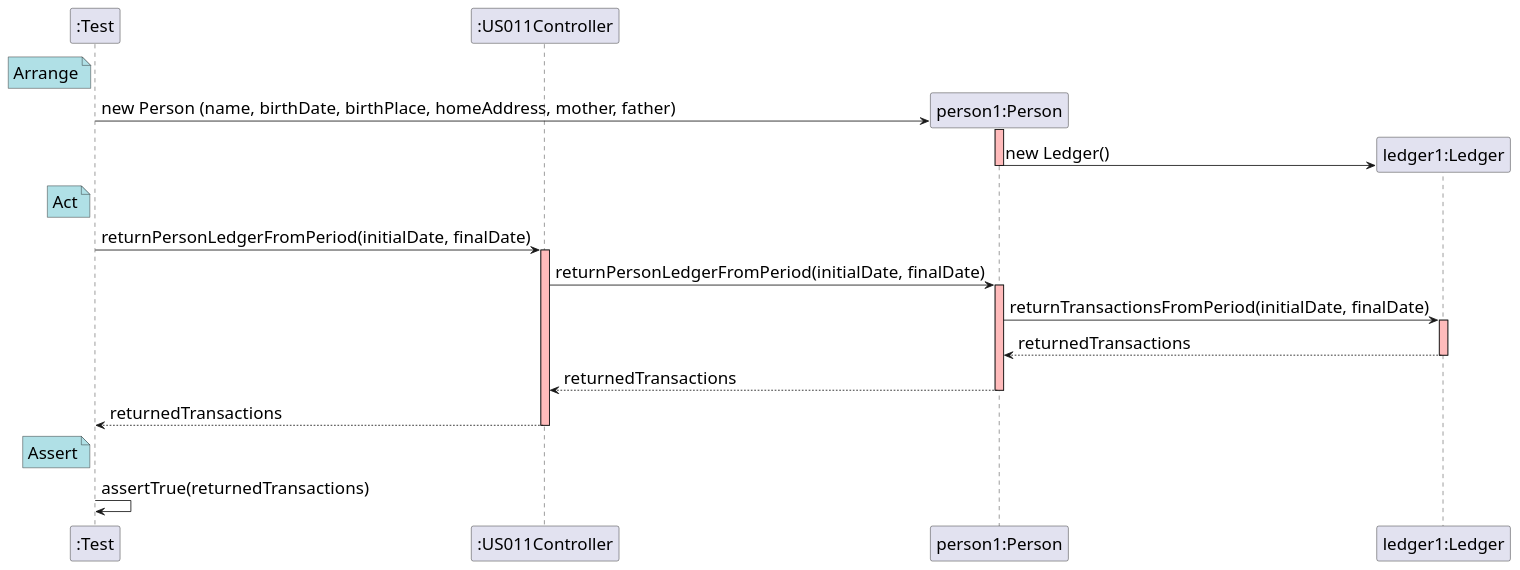
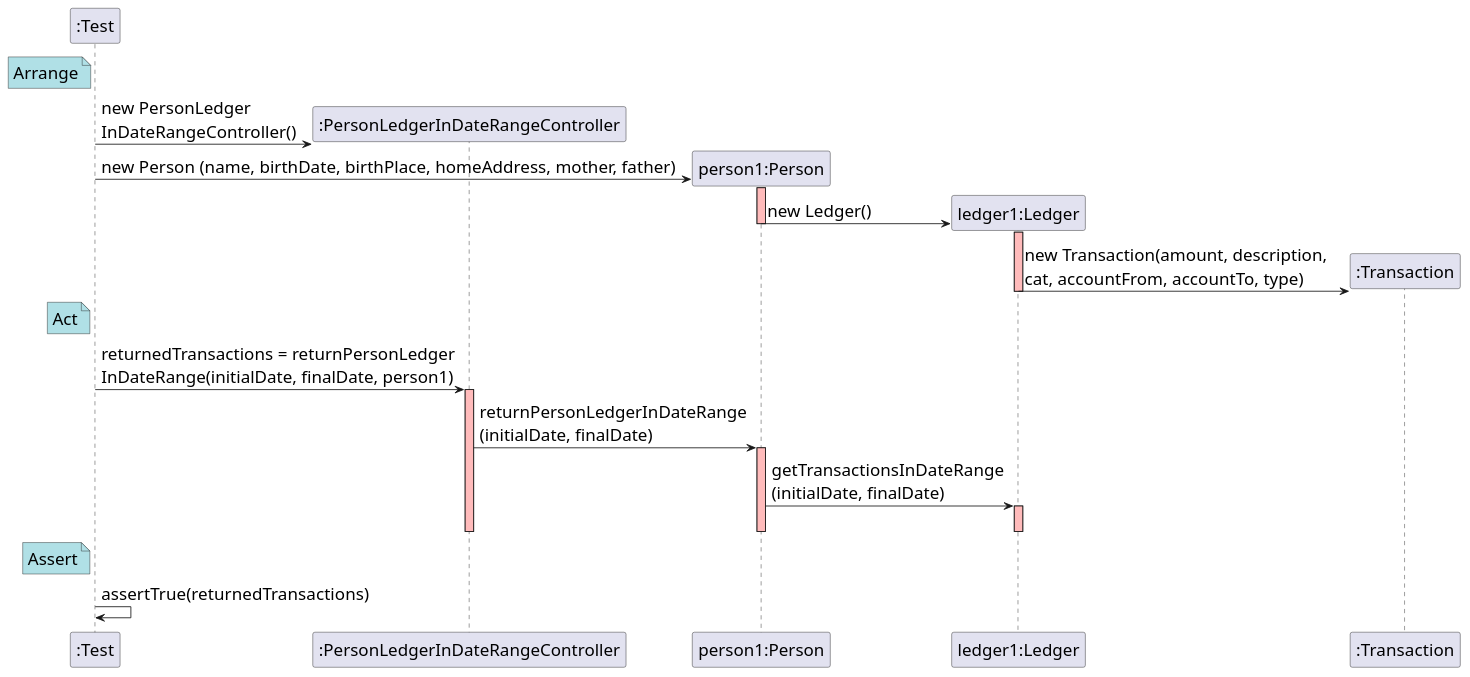
The diagram in docs/SequenceDiagram - US011.puml (mleitaoribeiro/DevOpsMaven), drawn with PlantUML before and after one commit. The commit also changed 2 other files, not shown here.

```diff
--- a/docs/SequenceDiagram - US011.puml
+++ b/docs/SequenceDiagram - US011.puml
@@ -1,47 +1,49 @@
 @startuml
 
 skinparam DefaultFontSize 20
 
 participant ":Test"
 note left of ":Test" #powderblue
 	Arrange
 end note
-participant ":US011Controller"
+
+create ":PersonLedgerInDateRangeController"
+":Test" -> ":PersonLedgerInDateRangeController" : new PersonLedger\nInDateRangeController()
 
 create "person1:Person"
 ":Test" -> "person1:Person" : new Person (name, birthDate, birthPlace, homeAddress, mother, father)
 activate "person1:Person" #FFBBBB
 
 create "ledger1:Ledger"
 "person1:Person" -> "ledger1:Ledger" : new Ledger()
 deactivate "person1:Person" #FFBBBB
+activate "ledger1:Ledger" #FFBBBB
+
+create ":Transaction"
+"ledger1:Ledger" -> ":Transaction" : new Transaction(amount, description, \ncat, accountFrom, accountTo, type)
+deactivate "ledger1:Ledger" #FFBBBB
 
 note left of ":Test" #powderblue
 	Act
 end note
 
-":Test" -> ":US011Controller" : returnPersonLedgerFromPeriod(initialDate, finalDate)
-activate ":US011Controller" #FFBBBB
+":Test" -> ":PersonLedgerInDateRangeController" : returnedTransactions = returnPersonLedger\nInDateRange(initialDate, finalDate, person1)
+activate ":PersonLedgerInDateRangeController" #FFBBBB
 
-":US011Controller" -> "person1:Person" : returnPersonLedgerFromPeriod(initialDate, finalDate)
+":PersonLedgerInDateRangeController" -> "person1:Person" : returnPersonLedgerInDateRange\n(initialDate, finalDate)
 activate "person1:Person" #FFBBBB
 
-"person1:Person" -> "ledger1:Ledger" : returnTransactionsFromPeriod(initialDate, finalDate)
+"person1:Person" -> "ledger1:Ledger" : getTransactionsInDateRange\n(initialDate, finalDate)
 activate "ledger1:Ledger" #FFBBBB
 
-"ledger1:Ledger" --> "person1:Person" : returnedTransactions
 deactivate "ledger1:Ledger" #FFBBBB
-
-"person1:Person" --> ":US011Controller" : returnedTransactions
 deactivate "person1:Person" #FFBBBB
-
-":US011Controller" --> ":Test" : returnedTransactions
-deactivate ":US011Controller" #FFBBBB
+deactivate ":PersonLedgerInDateRangeController" #FFBBBB
 
 note left of ":Test" #powderblue
 	Assert
 end note
 
 ":Test" -> ":Test" : assertTrue(returnedTransactions)
 
 @enduml
```
